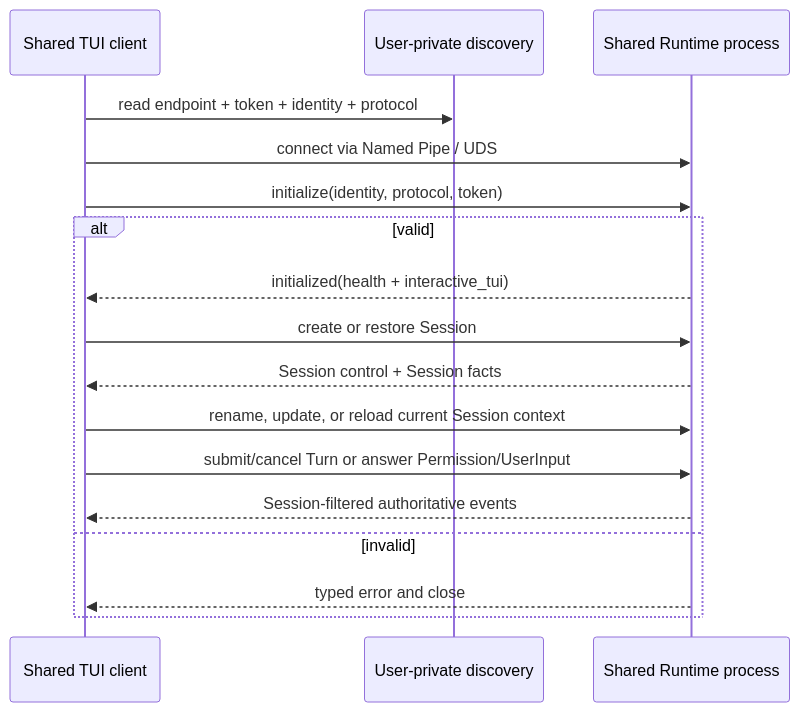
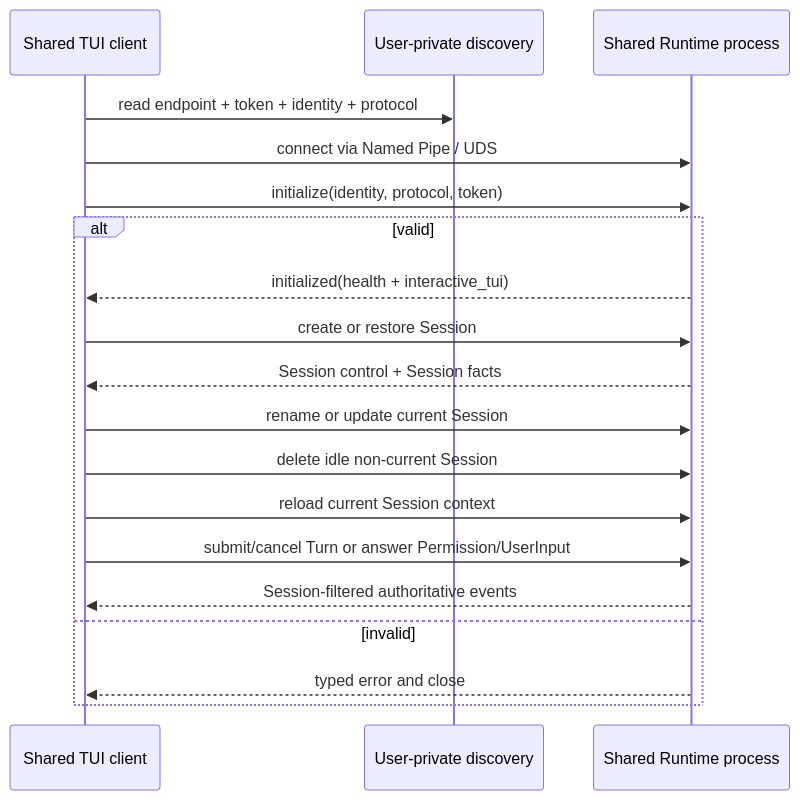
The seventh of 13 diagrams in docs/architecture/agent-runtime-deployment-design.md (1688mengdie/BitFun), drawn with Mermaid before and after one commit. The commit also changed other lines of this file and 21 other files, not shown here.

````diff
--- a/docs/architecture/agent-runtime-deployment-design.md
+++ b/docs/architecture/agent-runtime-deployment-design.md
@@ -186,20 +186,22 @@
 ```mermaid
 sequenceDiagram
   participant C as Shared TUI client
   participant D as User-private discovery
   participant S as Shared Runtime process
 
   C->>D: read endpoint + token + identity + protocol
   C->>S: connect via Named Pipe / UDS
   C->>S: initialize(identity, protocol, token)
   alt valid
     S-->>C: initialized(health + interactive_tui)
     C->>S: create or restore Session
     S-->>C: Session control + Session facts
-    C->>S: rename, update, or reload current Session context
+    C->>S: rename or update current Session
+    C->>S: delete idle non-current Session
+    C->>S: reload current Session context
     C->>S: submit/cancel Turn or answer Permission/UserInput
     S-->>C: Session-filtered authoritative events
   else invalid
     S-->>C: typed error and close
   end
 ```
````
